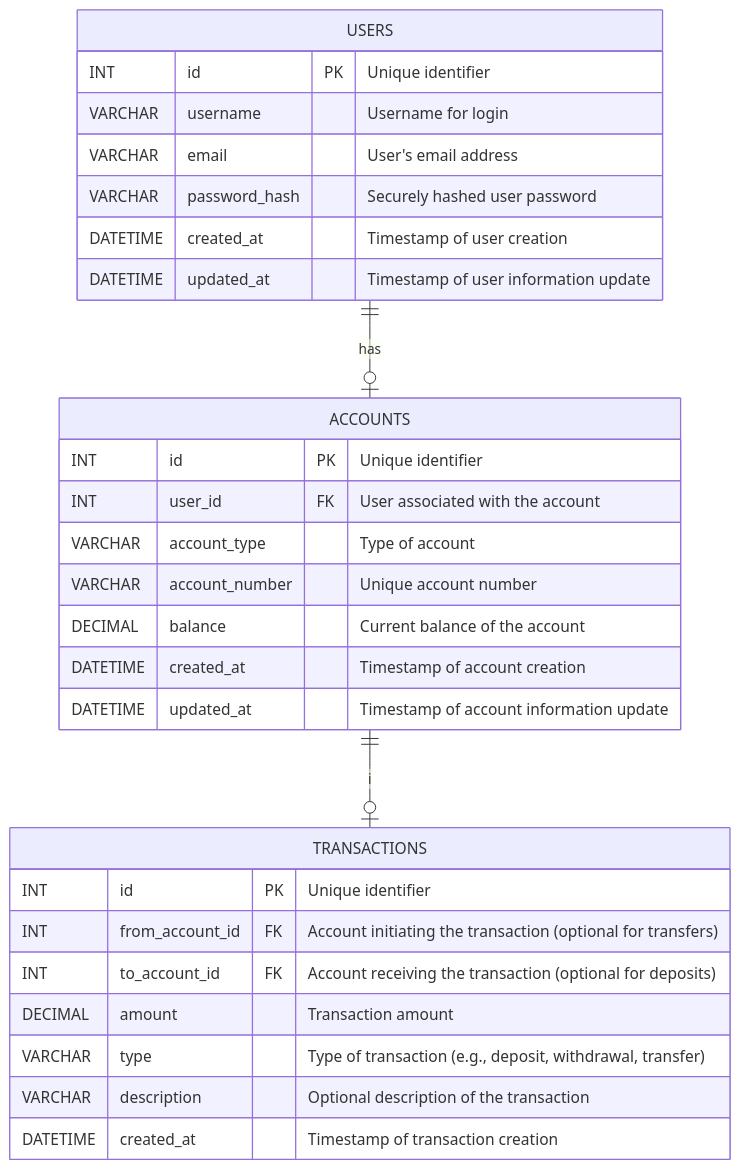
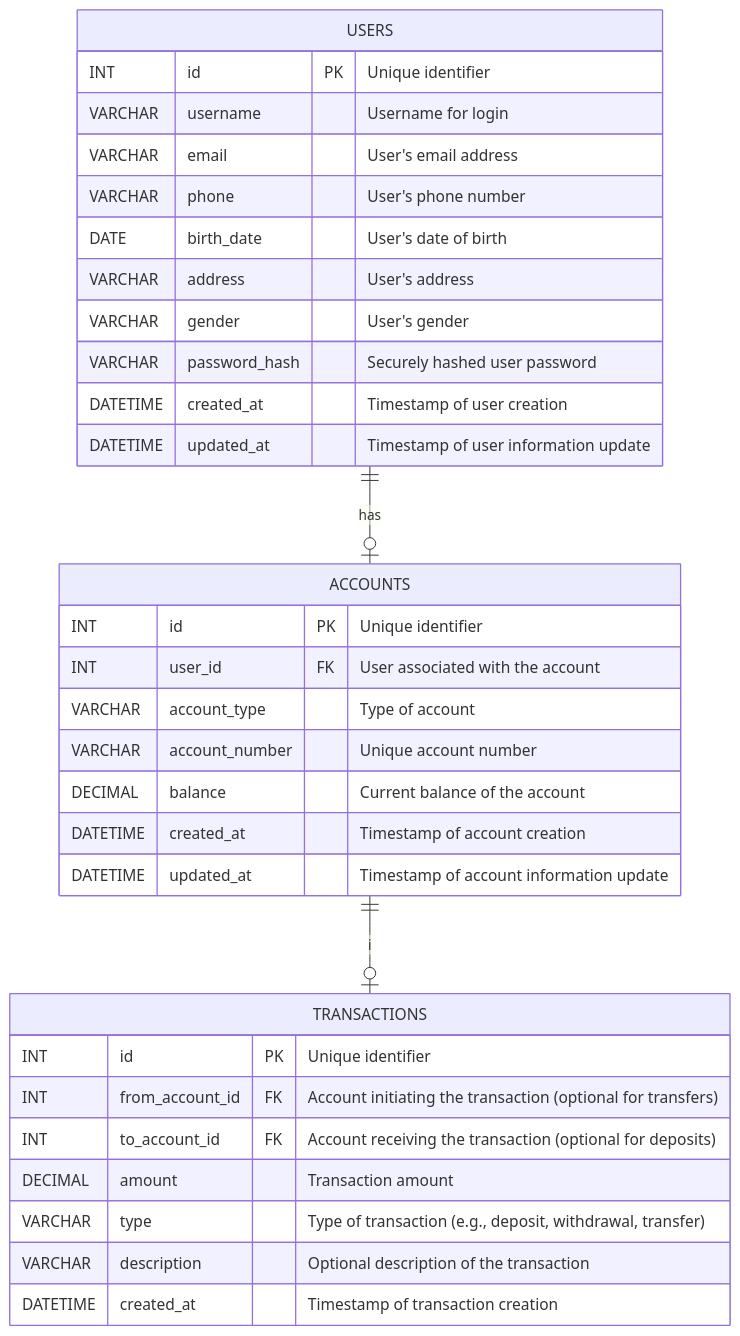
Before and after one commit to ferianai/sql-basic: the second of 2 diagrams in README.md, drawn with Mermaid. The commit also changed other lines of this file, not shown here.

````diff
--- a/README.md
+++ b/README.md
@@ -109,34 +109,38 @@
 ```mermaid
 erDiagram
     USERS {
         INT id PK "Unique identifier"
         VARCHAR username "Username for login"
         VARCHAR email "User's email address"
+        VARCHAR phone "User's phone number"
+        DATE birth_date "User's date of birth"
+        VARCHAR address "User's address"
+        VARCHAR gender "User's gender"
         VARCHAR password_hash "Securely hashed user password"
         DATETIME created_at "Timestamp of user creation"
         DATETIME updated_at "Timestamp of user information update"
     }
 
     ACCOUNTS {
         INT id PK "Unique identifier"
         INT user_id FK "User associated with the account"
         VARCHAR account_type "Type of account"
         VARCHAR account_number "Unique account number"
         DECIMAL balance "Current balance of the account"
         DATETIME created_at "Timestamp of account creation"
         DATETIME updated_at "Timestamp of account information update"
     }
 
     TRANSACTIONS {
         INT id PK "Unique identifier"
         INT from_account_id FK "Account initiating the transaction (optional for transfers)"
         INT to_account_id FK "Account receiving the transaction (optional for deposits)"
         DECIMAL amount "Transaction amount"
         VARCHAR type "Type of transaction (e.g., deposit, withdrawal, transfer)"
         VARCHAR description "Optional description of the transaction"
         DATETIME created_at "Timestamp of transaction creation"
     }
 
     USERS ||--o| ACCOUNTS : has
     ACCOUNTS ||--o| TRANSACTIONS : i
 ```
````
